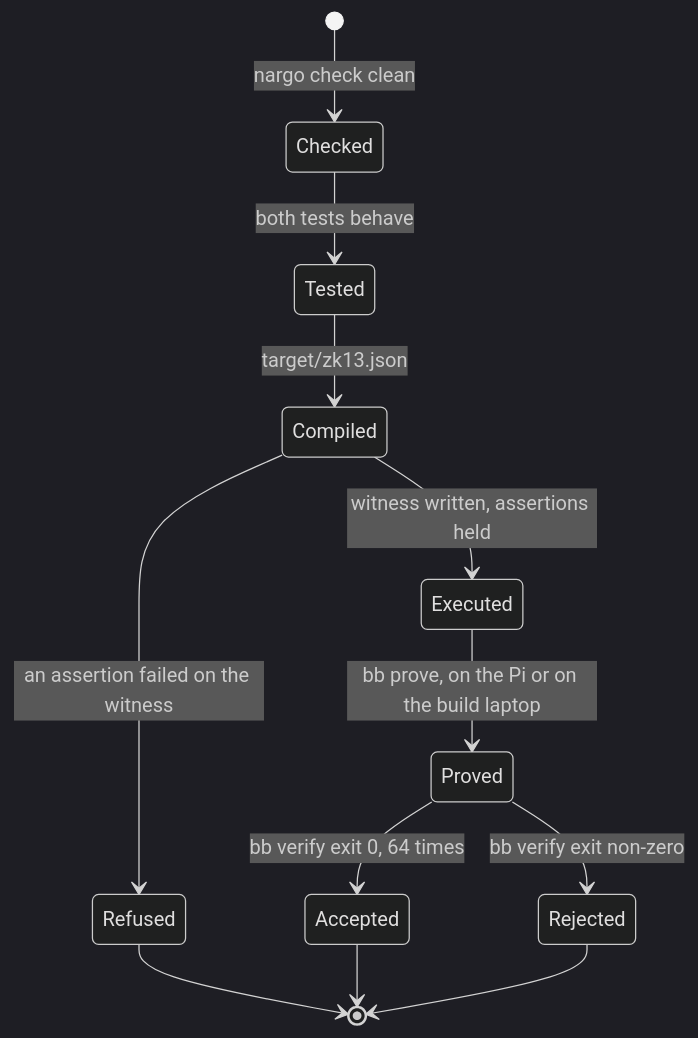
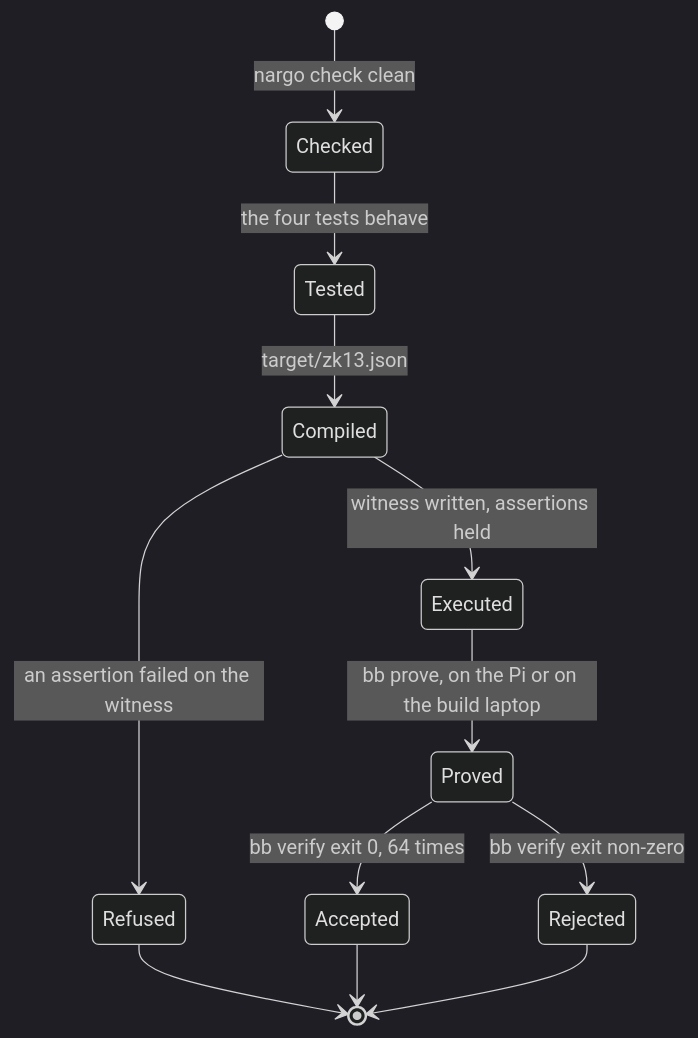
Before and after one commit to ambrosiobing/embedded-zkmc: the second of 2 diagrams in chapters/13-the-obligation-in-noir.md, drawn with Mermaid (dark theme). The commit also changed other lines of this file and 33 other files, not shown here.

````diff
--- a/chapters/13-the-obligation-in-noir.md
+++ b/chapters/13-the-obligation-in-noir.md
@@ -243,14 +302,14 @@
 ```mermaid
 stateDiagram-v2
   [*] --> Checked : nargo check clean
-  Checked --> Tested : both tests behave
+  Checked --> Tested : the four tests behave
   Tested --> Compiled : target/zk13.json
   Compiled --> Executed : witness written, assertions held
   Compiled --> Refused : an assertion failed on the witness
   Executed --> Proved : bb prove, on the Pi or on the build laptop
   Proved --> Accepted : bb verify exit 0, 64 times
   Proved --> Rejected : bb verify exit non-zero
   Refused --> [*]
   Accepted --> [*]
   Rejected --> [*]
 ```
````
